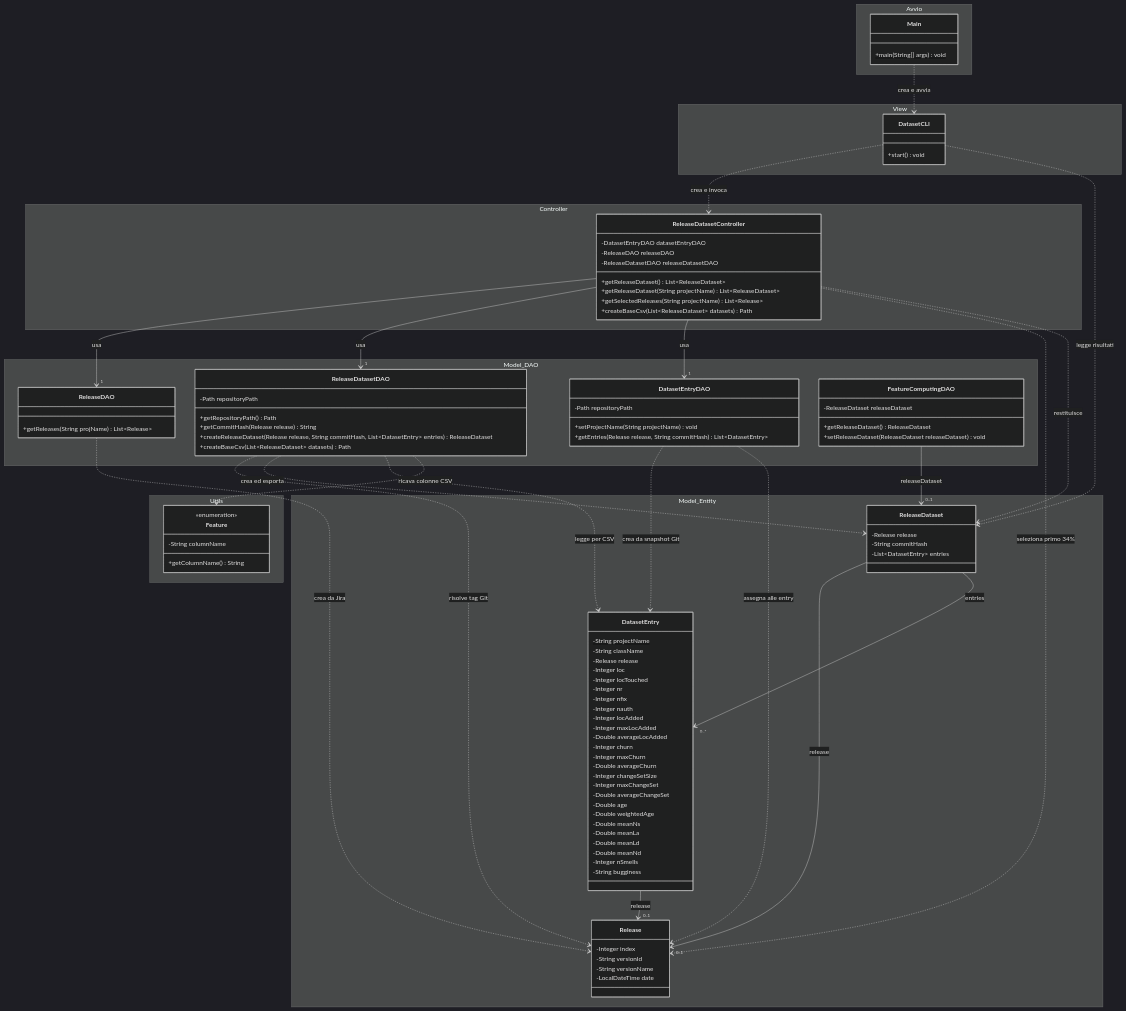
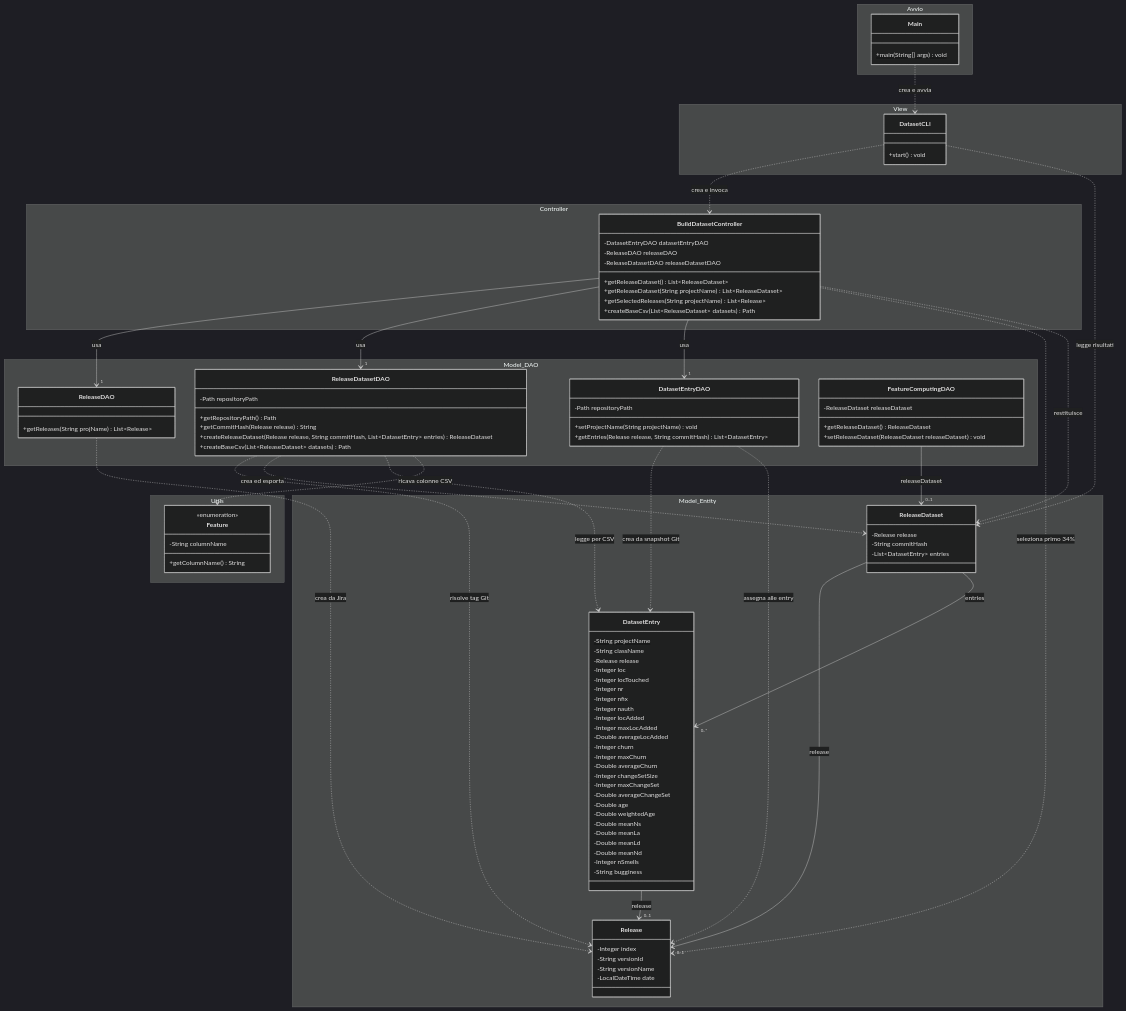
The diagram in docs/class-diagram-mvc.md (MattiaBiga200701/dataset-builder), drawn with Mermaid (dark theme) before and after one commit. The commit also changed other lines of this file and 2 other files, not shown here.

Commit message:
Use Case completed

```diff
--- a/docs/class-diagram-mvc.md
+++ b/docs/class-diagram-mvc.md
@@ -17,7 +17,7 @@
     }
 }
 namespace Controller {
-    class ReleaseDatasetController {
+    class BuildDatasetController {
         -DatasetEntryDAO datasetEntryDAO
         -ReleaseDAO releaseDAO
         -ReleaseDatasetDAO releaseDatasetDAO
@@ -98,13 +98,13 @@
 }
 
 Main ..> DatasetCLI : crea e avvia
-DatasetCLI ..> ReleaseDatasetController : crea e invoca
+DatasetCLI ..> BuildDatasetController : crea e invoca
 DatasetCLI ..> ReleaseDataset : legge risultati
-ReleaseDatasetController --> "1" ReleaseDAO : usa
-ReleaseDatasetController --> "1" ReleaseDatasetDAO : usa
-ReleaseDatasetController --> "1" DatasetEntryDAO : usa
-ReleaseDatasetController ..> Release : seleziona primo 34%
-ReleaseDatasetController ..> ReleaseDataset : restituisce
+BuildDatasetController --> "1" ReleaseDAO : usa
+BuildDatasetController --> "1" ReleaseDatasetDAO : usa
+BuildDatasetController --> "1" DatasetEntryDAO : usa
+BuildDatasetController ..> Release : seleziona primo 34%
+BuildDatasetController ..> ReleaseDataset : restituisce
 ReleaseDAO ..> Release : crea da Jira
 ReleaseDatasetDAO ..> Release : risolve tag Git
 ReleaseDatasetDAO ..> ReleaseDataset : crea ed esporta
```
